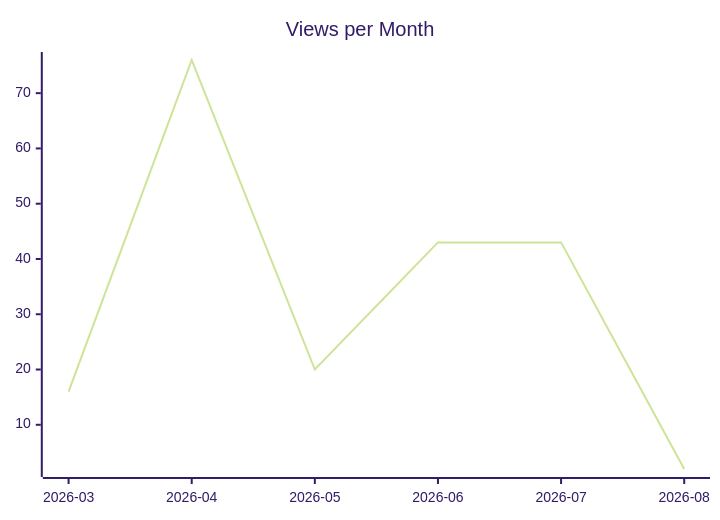
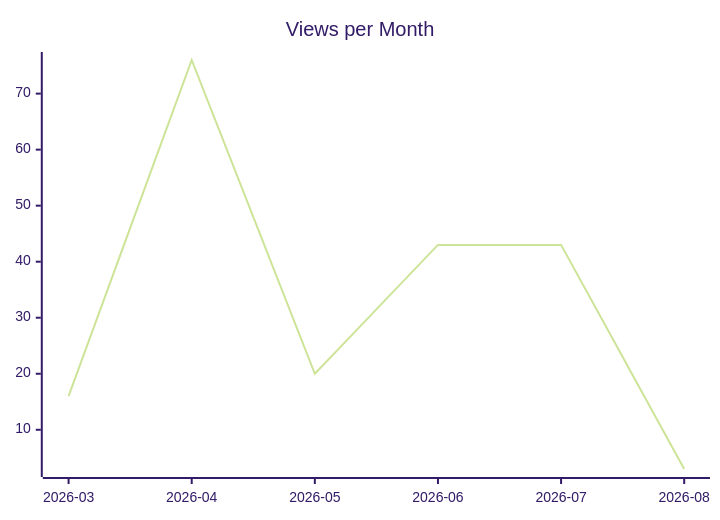
Before and after one commit to justdavis-family/github-analytics-data: the second of 3 diagrams in karlmdavis/ksoap2-android/README.md, drawn with Mermaid (forest theme). The commit also changed other lines of this file and 190 other files, not shown here.

````diff
--- a/karlmdavis/ksoap2-android/README.md
+++ b/karlmdavis/ksoap2-android/README.md
@@ -12,6 +12,6 @@
 ```mermaid
 xychart-beta
   title "Views per Month"
   x-axis ["2026-03", "2026-04", "2026-05", "2026-06", "2026-07", "2026-08"]
-  line [16, 76, 20, 43, 43, 2]
+  line [16, 76, 20, 43, 43, 3]
 ```
````
